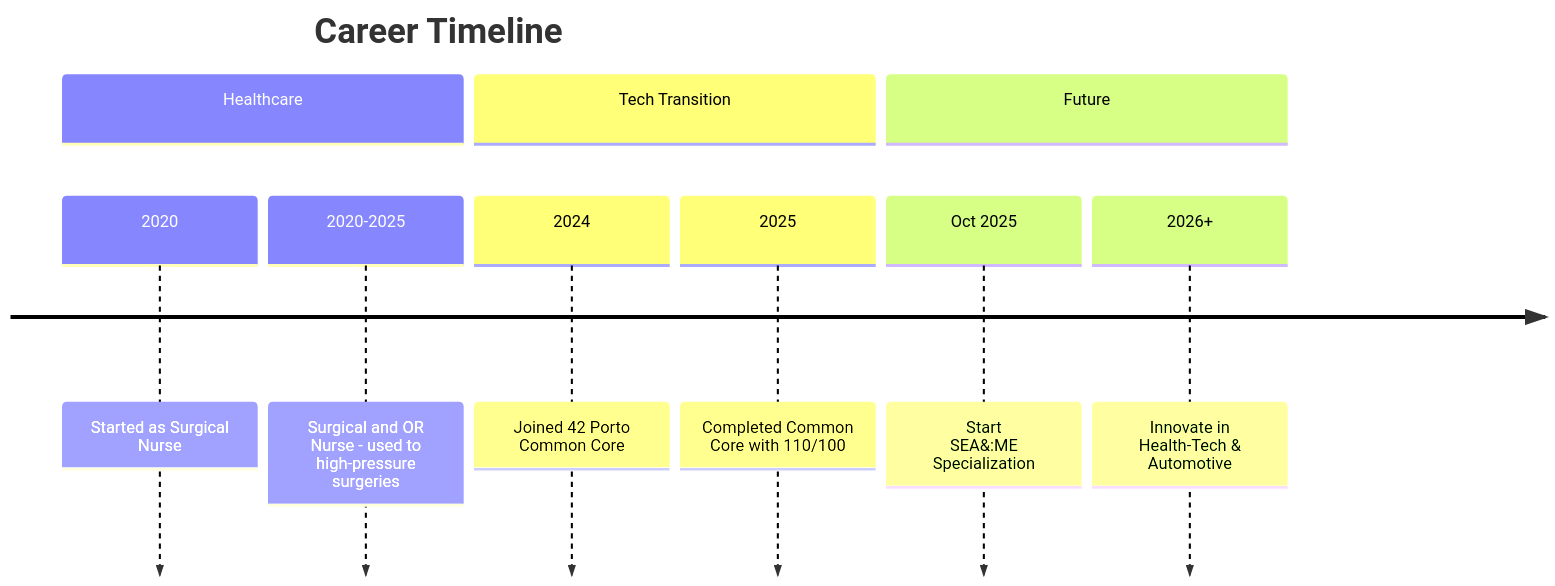
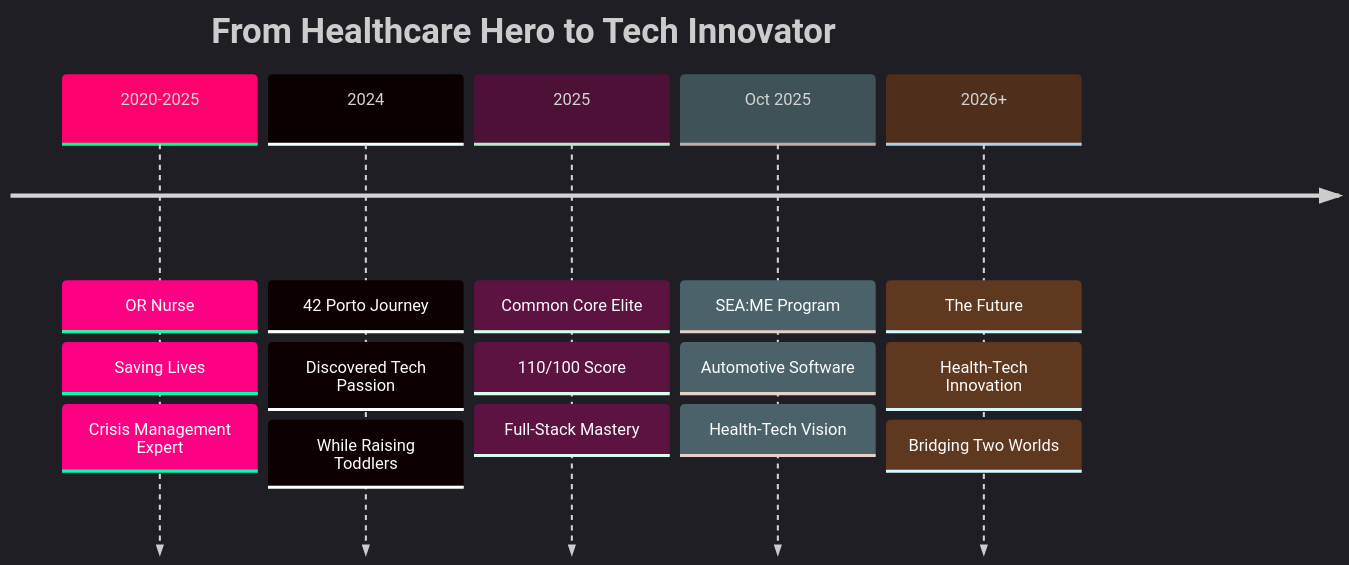
One commit to melaniereis/melaniereis changed the diagram in README.md. Above: the diagram before and after it, drawn with Mermaid. The commit also changed other lines of this file, not shown here.

````diff
--- a/README.md
+++ b/README.md
@@ -56,13 +191,25 @@
 ```mermaid
+%%{init: {'theme': 'dark', 'themeVariables': { 'primaryColor': '#ff006e', 'primaryTextColor': '#fff', 'primaryBorderColor': '#8338ec', 'lineColor': '#3a86ff', 'secondaryColor': '#8338ec', 'tertiaryColor': '#0d1117', 'background': '#0d1117', 'mainBkg': '#0d1117', 'secondBkg': '#1a1a2e', 'tertiaryBkg': '#16213e'}}}%%
 timeline
-    title Career Timeline
-    section Healthcare
-      2020 : Started as Surgical Nurse
-      2020-2025 : Surgical and OR Nurse - used to high-pressure surgeries
-    section Tech Transition
-      2024 : Joined 42 Porto Common Core
-      2025 : Completed Common Core with 110/100
-    section Future
-      Oct 2025 : Start SEA&#58;ME Specialization
-      2026+ : Innovate in Health-Tech & Automotive
+    title From Healthcare Hero to Tech Innovator
+    
+    2020-2025 : OR Nurse
+               : Saving Lives
+               : Crisis Management Expert
+    
+    2024      : 42 Porto Journey
+               : Discovered Tech Passion
+               : While Raising Toddlers
+    
+    2025      : Common Core Elite
+               : 110/100 Score
+               : Full-Stack Mastery
+    
+    Oct 2025  : SEA:ME Program
+               : Automotive Software
+               : Health-Tech Vision
+    
+    2026+     : The Future
+               : Health-Tech Innovation
+               : Bridging Two Worlds
 ```
````
